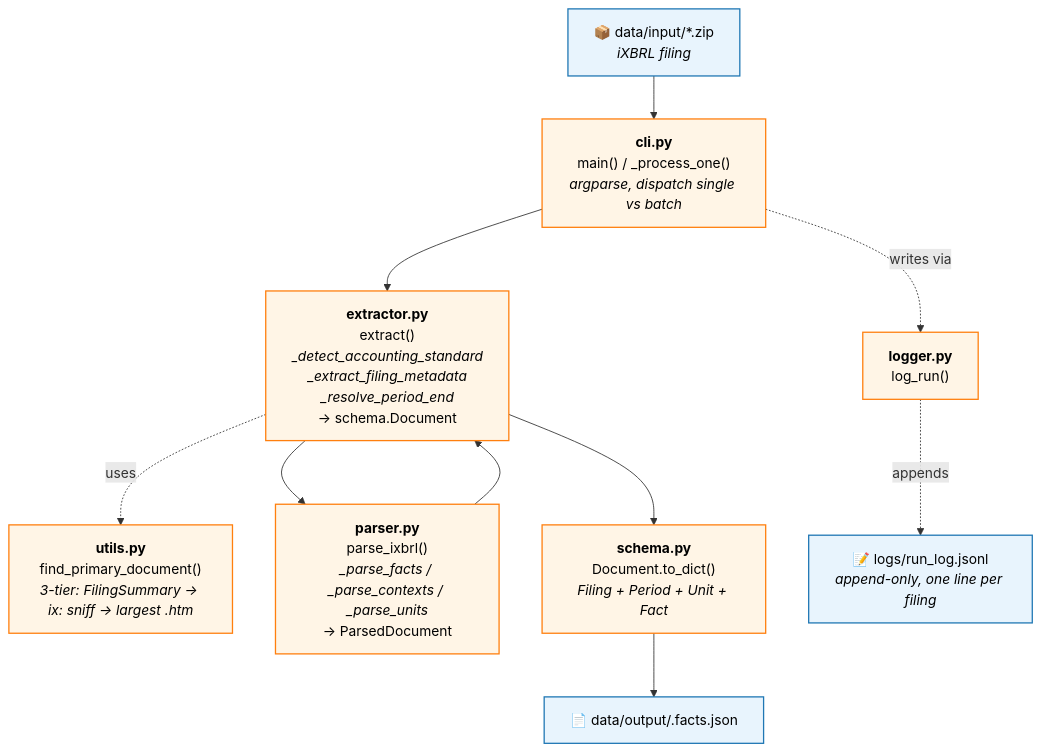
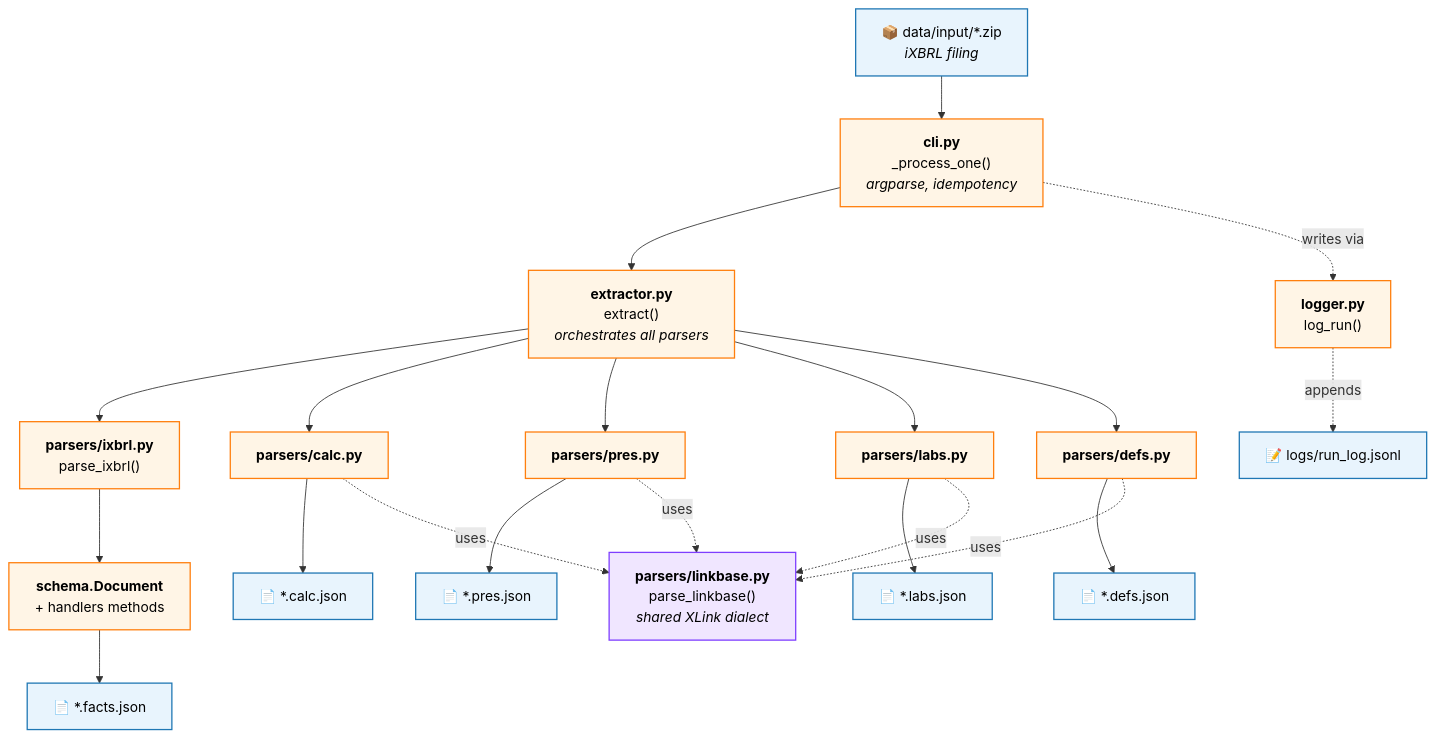
The diagram in README.md (AugustinHourquet/xbrl-extraction), drawn with Mermaid before and after one commit. The commit also changed other lines of this file and 29 other files, not shown here.

Commit message:
v2.0.0: linkbase parsers (calc/pres/labs/defs) + handlers.py with filter, verify, render_statement, and summary on Document.

````diff
--- a/README.md
+++ b/README.md
@@ -168,35 +200,46 @@
 ```mermaid
 flowchart TB
     INPUT["📦 data/input/*.zip<br/><i>iXBRL filing</i>"]
+    CLI["<b>cli.py</b><br/>_process_one()<br/><i>argparse, idempotency</i>"]
+    EXTRACTOR["<b>extractor.py</b><br/>extract()<br/><i>orchestrates all parsers</i>"]
 
-    CLI["<b>cli.py</b><br/>main() / _process_one()<br/><i>argparse, dispatch single vs batch</i>"]
+    IXBRL["<b>parsers/ixbrl.py</b><br/>parse_ixbrl()"]
+    CALC["<b>parsers/calc.py</b>"]
+    PRES["<b>parsers/pres.py</b>"]
+    LABS["<b>parsers/labs.py</b>"]
+    DEFS["<b>parsers/defs.py</b>"]
+    LB["<b>parsers/linkbase.py</b><br/>parse_linkbase()<br/><i>shared XLink dialect</i>"]
 
-    UTILS["<b>utils.py</b><br/>find_primary_document()<br/><i>3-tier: FilingSummary → ix: sniff → largest .htm</i>"]
+    SCHEMA["<b>schema.Document</b><br/>+ handlers methods"]
 
-    PARSER["<b>parser.py</b><br/>parse_ixbrl()<br/><i>_parse_facts / _parse_contexts / _parse_units</i><br/>→ ParsedDocument"]
-
-    EXTRACTOR["<b>extractor.py</b><br/>extract()<br/><i>_detect_accounting_standard<br/>_extract_filing_metadata<br/>_resolve_period_end</i><br/>→ schema.Document"]
-
-    SCHEMA["<b>schema.py</b><br/>Document.to_dict()<br/><i>Filing + Period + Unit + Fact</i>"]
-
-    OUTPUT["📄 data/output/<basename>.facts.json"]
+    F["📄 *.facts.json"]
+    C["📄 *.calc.json"]
+    P["📄 *.pres.json"]
+    L["📄 *.labs.json"]
+    D["📄 *.defs.json"]
 
     LOGGER["<b>logger.py</b><br/>log_run()"]
-    RUNLOG["📝 logs/run_log.jsonl<br/><i>append-only, one line per filing</i>"]
+    RUNLOG["📝 logs/run_log.jsonl"]
 
-    INPUT --> CLI
-    CLI --> EXTRACTOR
-    EXTRACTOR -.uses.-> UTILS
-    EXTRACTOR --> PARSER
-    PARSER --> EXTRACTOR
-    EXTRACTOR --> SCHEMA
-    SCHEMA --> OUTPUT
+    INPUT --> CLI --> EXTRACTOR
+    EXTRACTOR --> IXBRL --> SCHEMA --> F
+    EXTRACTOR --> CALC --> C
+    EXTRACTOR --> PRES --> P
+    EXTRACTOR --> LABS --> L
+    EXTRACTOR --> DEFS --> D
+    CALC -.uses.-> LB
+    PRES -.uses.-> LB
+    LABS -.uses.-> LB
+    DEFS -.uses.-> LB
+
     CLI -.writes via.-> LOGGER
     LOGGER -.appends.-> RUNLOG
 
     classDef io fill:#e8f4fd,stroke:#1f77b4,stroke-width:1.5px,color:#000
     classDef code fill:#fff5e6,stroke:#ff7f0e,stroke-width:1.5px,color:#000
+    classDef shared fill:#f0e6ff,stroke:#7e3eff,stroke-width:1.5px,color:#000
 
-    class INPUT,OUTPUT,RUNLOG io
-    class CLI,UTILS,PARSER,EXTRACTOR,SCHEMA,LOGGER code
+    class INPUT,F,C,P,L,D,RUNLOG io
+    class CLI,EXTRACTOR,IXBRL,CALC,PRES,LABS,DEFS,SCHEMA,LOGGER code
+    class LB shared
 ```
````
